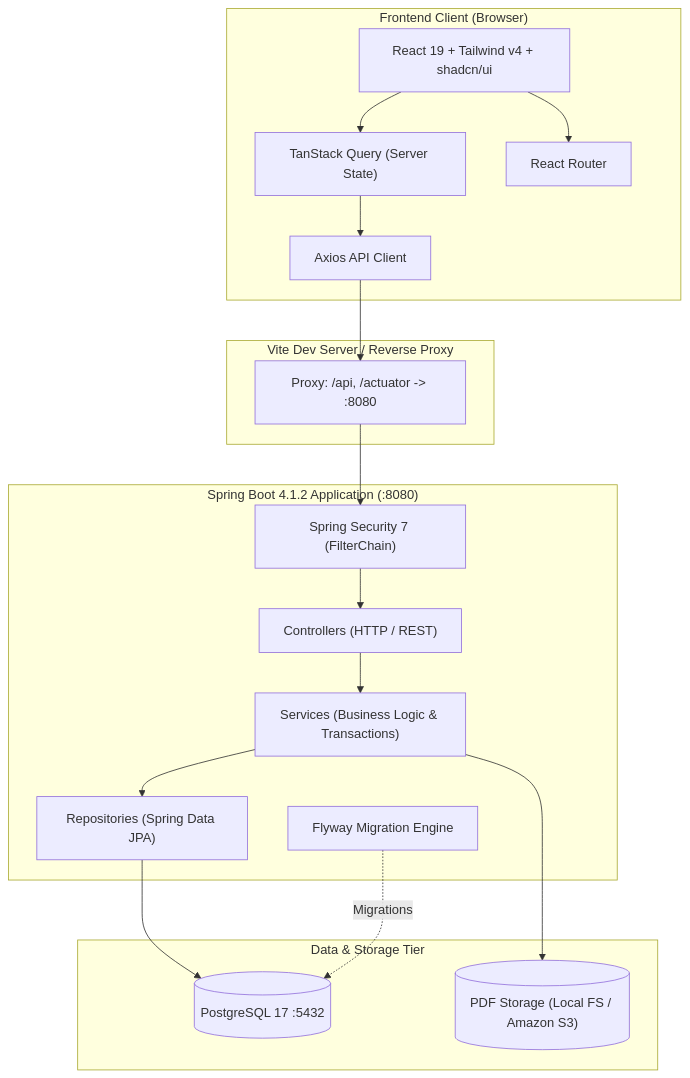
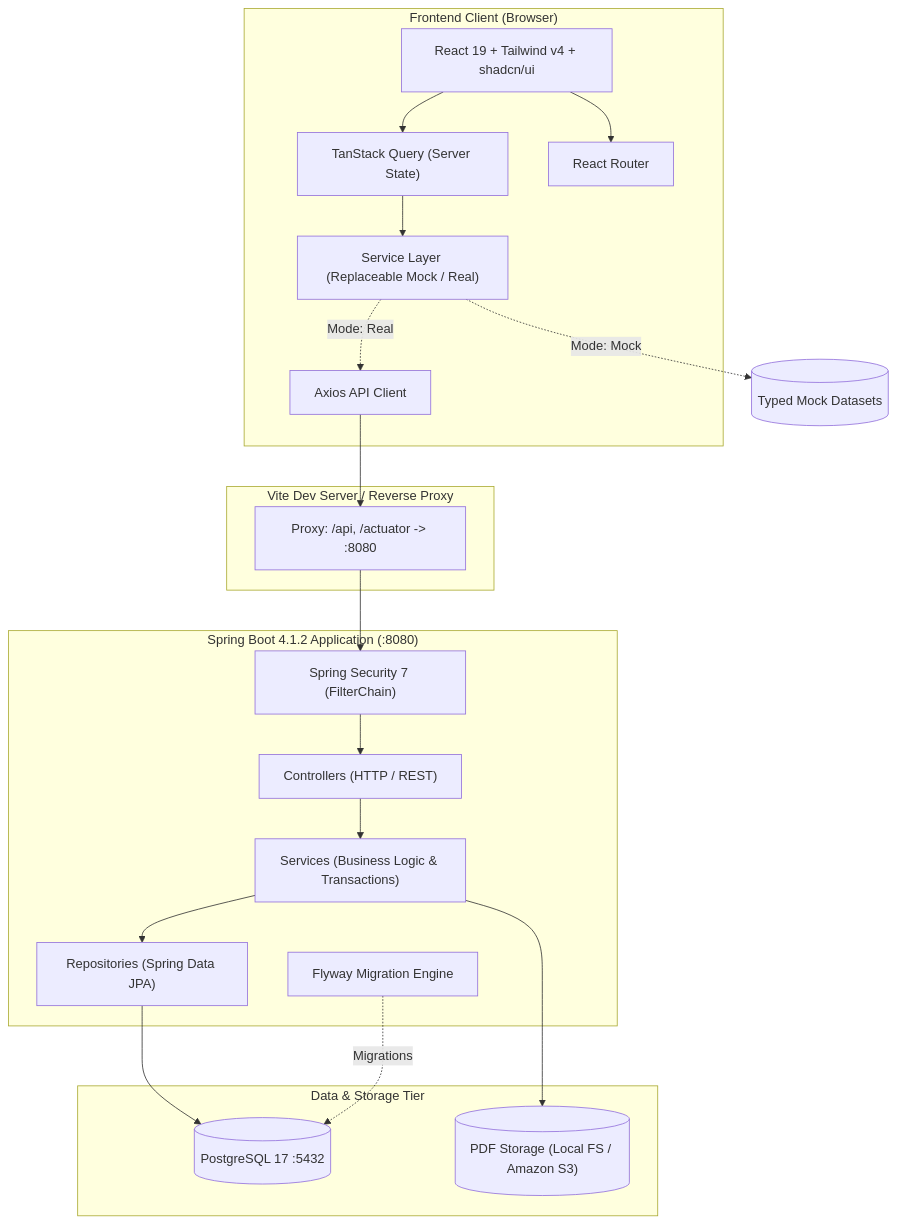
The first of 2 diagrams in docs/architecture/system-design.md (dodoododo/openshelf-ebook-website), drawn with Mermaid before and after one commit. The commit also changed other lines of this file and 7 other files, not shown here.

Commit message:
docs: architecture added

````diff
--- a/docs/architecture/system-design.md
+++ b/docs/architecture/system-design.md
@@ -7,38 +7,41 @@
 ```mermaid
 flowchart TD
     subgraph Client["Frontend Client (Browser)"]
         UI["React 19 + Tailwind v4 + shadcn/ui"]
         State["TanStack Query (Server State)"]
         Router["React Router"]
+        ServiceLayer["Service Layer (Replaceable Mock / Real)"]
         Axios["Axios API Client"]
     end
 
     subgraph Gateway["Vite Dev Server / Reverse Proxy"]
         Proxy["Proxy: /api, /actuator -> :8080"]
     end
 
     subgraph Backend["Spring Boot 4.1.2 Application (:8080)"]
         Security["Spring Security 7 (FilterChain)"]
         Controllers["Controllers (HTTP / REST)"]
         Services["Services (Business Logic & Transactions)"]
         Repositories["Repositories (Spring Data JPA)"]
         Flyway["Flyway Migration Engine"]
     end
 
     subgraph DataTier["Data & Storage Tier"]
         DB[(PostgreSQL 17 :5432)]
         Storage[("PDF Storage (Local FS / Amazon S3)")]
     end
 
     UI --> State
     UI --> Router
-    State --> Axios
+    State --> ServiceLayer
+    ServiceLayer -. Mode: Mock .-> MockData[("Typed Mock Datasets")]
+    ServiceLayer -. Mode: Real .-> Axios
     Axios --> Proxy
     Proxy --> Security
     Security --> Controllers
     Controllers --> Services
     Services --> Repositories
     Services --> Storage
     Repositories --> DB
     Flyway -. Migrations .-> DB
 ```
````
